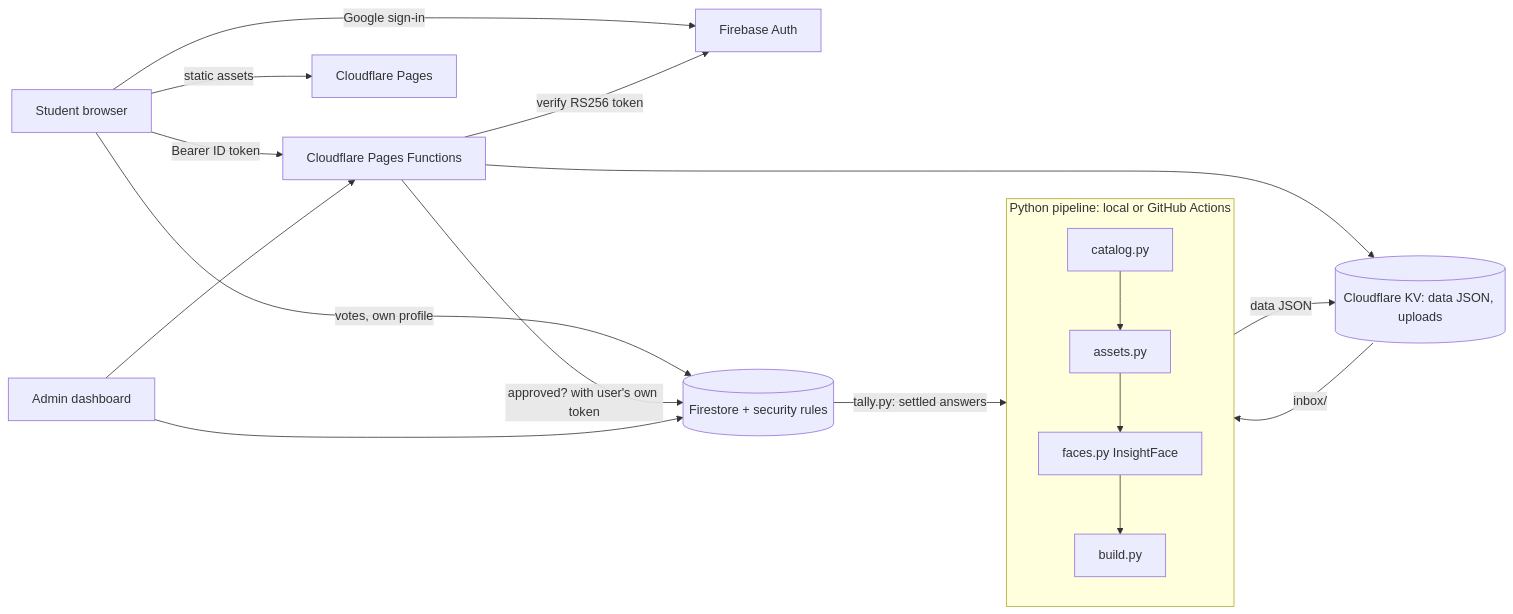
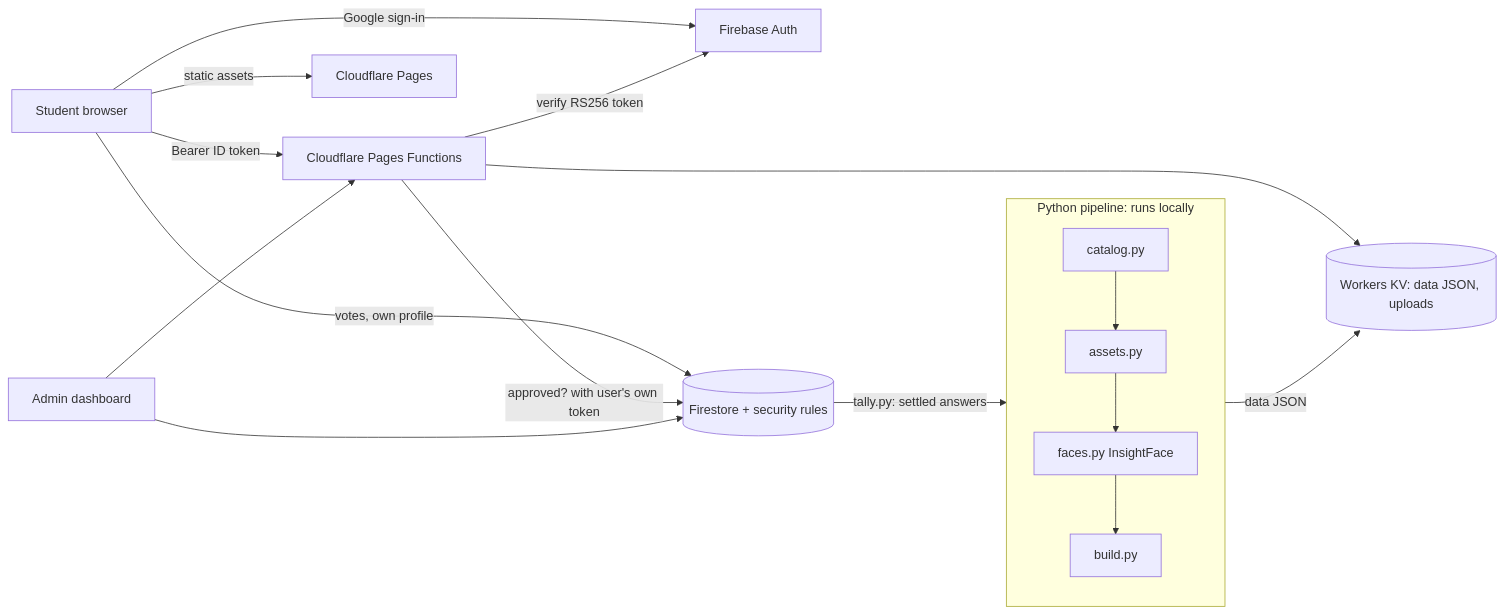
One commit to codewithpom/smriti changed the diagram in README.md. Above: the diagram before and after it, drawn with Mermaid. The commit also changed other lines of this file and 11 other files, not shown here.

````diff
--- a/README.md
+++ b/README.md
@@ -27,18 +51,17 @@
 ```mermaid
 flowchart LR
   S[Student browser] -- Google sign-in --> FA[Firebase Auth]
   S -- votes, own profile --> FS[(Firestore + security rules)]
   S -- Bearer ID token --> PF[Cloudflare Pages Functions]
   PF -- verify RS256 token --> FA
   PF -- approved? with user's own token --> FS
-  PF --> R2[(Cloudflare KV: data JSON, uploads)]
+  PF --> KV[(Workers KV: data JSON, uploads)]
   S -- static assets --> CP[Cloudflare Pages]
   A[Admin dashboard] --> FS
   A --> PF
-  subgraph Pipeline [Python pipeline: local or GitHub Actions]
+  subgraph Pipeline [Python pipeline: runs locally]
     C[catalog.py] --> AS[assets.py] --> F[faces.py InsightFace] --> B[build.py]
   end
-  R2 -- inbox/ --> Pipeline
-  Pipeline -- data JSON --> R2
+  Pipeline -- data JSON --> KV
   FS -- tally.py: settled answers --> Pipeline
 ```
````
